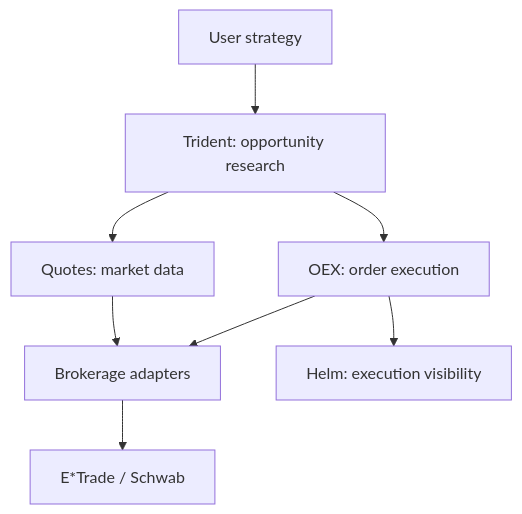
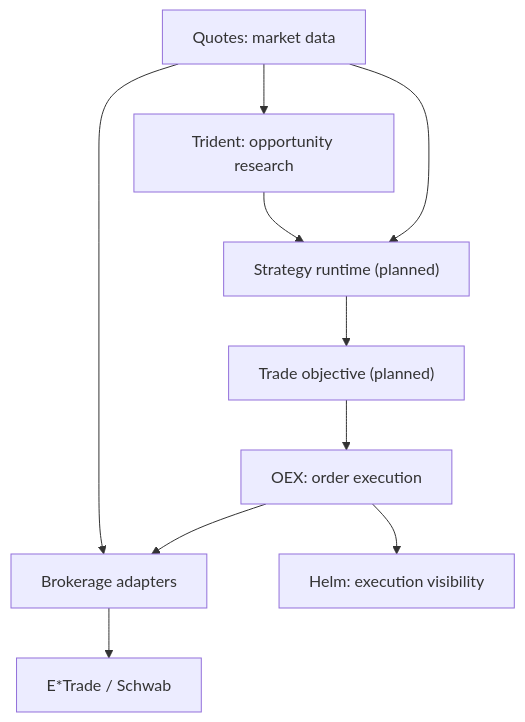
One commit to fianchetto-labs/tradebot changed the diagram in README.md. Above: the diagram before and after it, drawn with Mermaid. The commit also changed other lines of this file and 7 other files, not shown here.

Commit message:
docs: define strategy execution architecture (#94)

````diff
--- a/README.md
+++ b/README.md
@@ -26,10 +26,12 @@
 ```mermaid
 flowchart TD
-    Strategy["User strategy"] --> Trident["Trident: opportunity research"]
-    Trident --> Quotes["Quotes: market data"]
-    Trident --> OEX["OEX: order execution"]
+    Trident["Trident: opportunity research"] --> Strategy["Strategy runtime (planned)"]
+    Quotes["Quotes: market data"] --> Trident
+    Quotes --> Strategy
+    Strategy --> Objective["Trade objective (planned)"]
+    Objective --> OEX["OEX: order execution"]
     Quotes --> Adapters["Brokerage adapters"]
     OEX --> Adapters
     Adapters --> Brokers["E*Trade / Schwab"]
     OEX --> Helm["Helm: execution visibility"]
 ```
````
